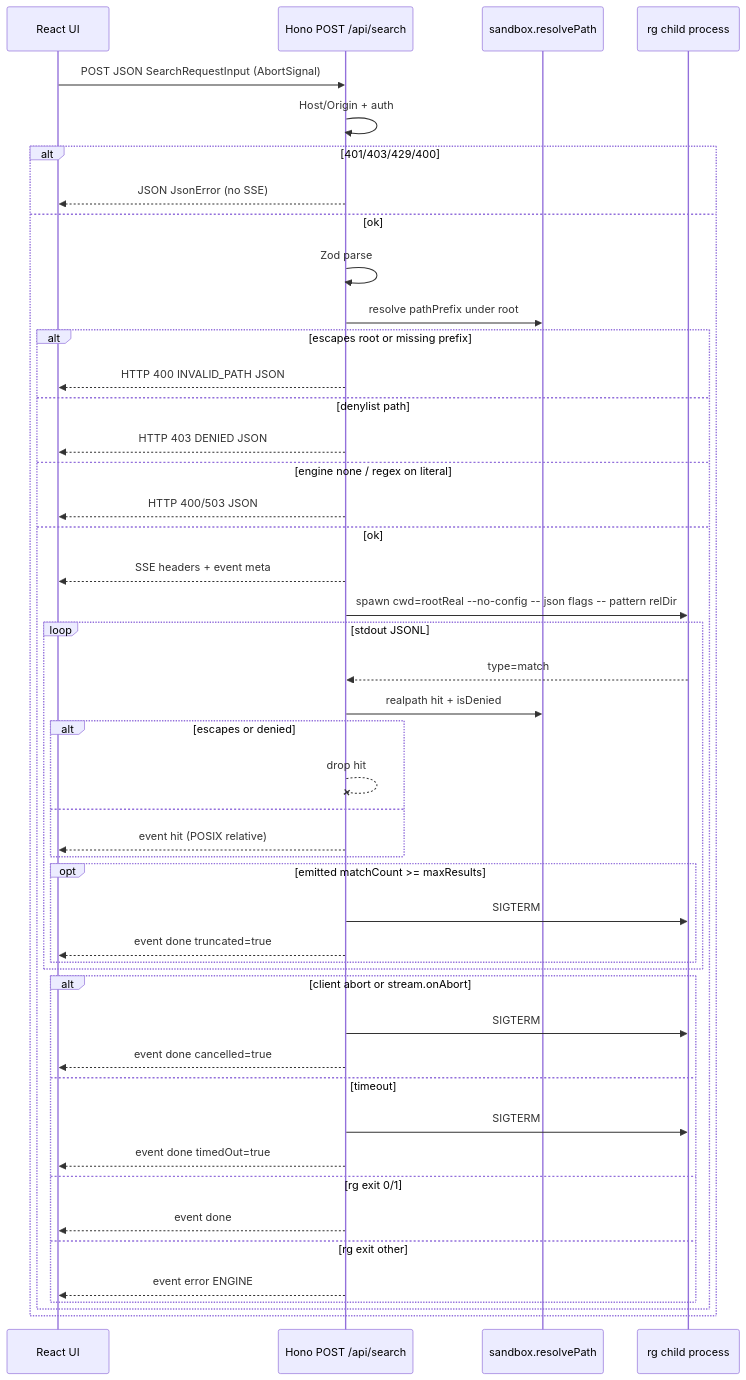
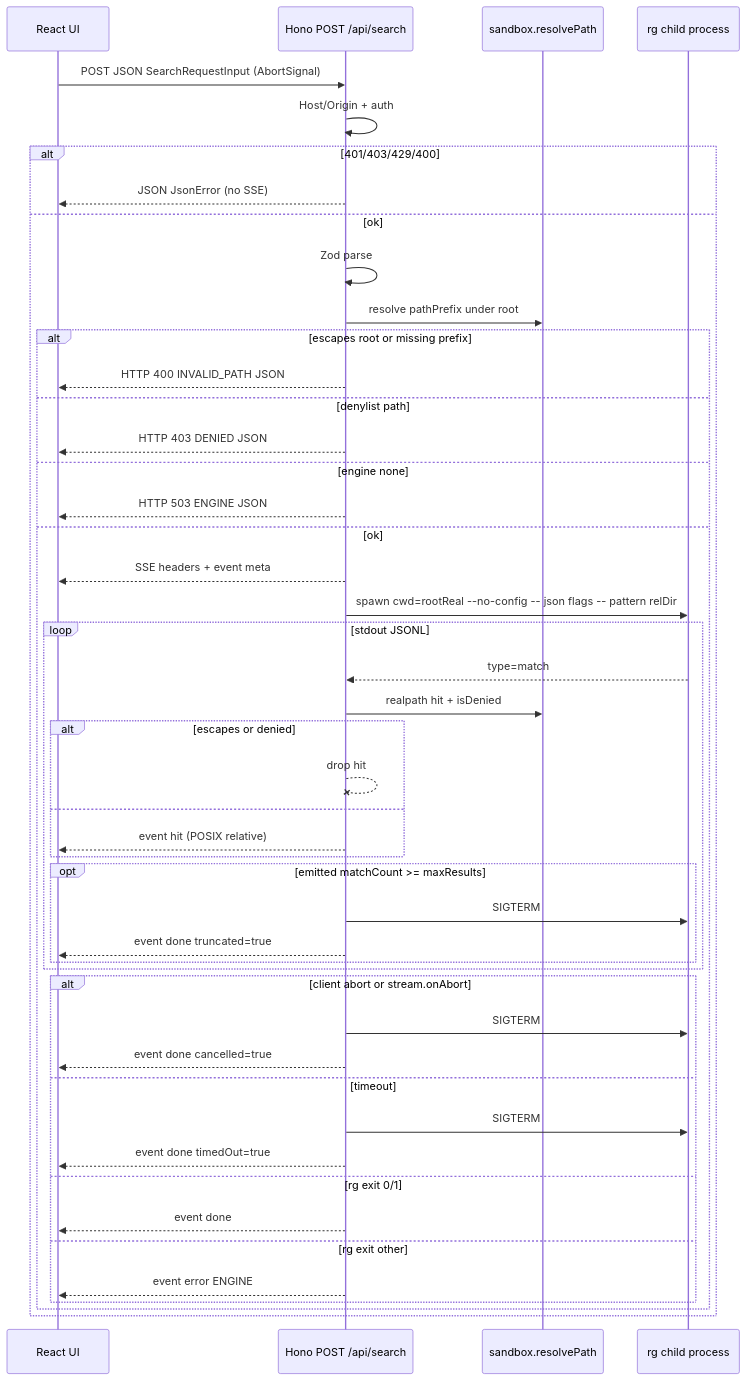
One commit to fun7257/web-grep changed the second of 4 diagrams in DESIGN.md. Above: the diagram before and after it, drawn with Mermaid. The commit also changed other lines of this file and 10 other files, not shown here.

````diff
--- a/DESIGN.md
+++ b/DESIGN.md
@@ -488,50 +487,50 @@
 ```mermaid
 sequenceDiagram
   participant UI as React UI
   participant API as Hono POST /api/search
   participant SB as sandbox.resolvePath
   participant RG as rg child process
 
   UI->>API: POST JSON SearchRequestInput (AbortSignal)
   API->>API: Host/Origin + auth
   alt 401/403/429/400
     API-->>UI: JSON JsonError (no SSE)
   else ok
     API->>API: Zod parse
     API->>SB: resolve pathPrefix under root
     alt escapes root or missing prefix
       API-->>UI: HTTP 400 INVALID_PATH JSON
     else denylist path
       API-->>UI: HTTP 403 DENIED JSON
-    else engine none / regex on literal
-      API-->>UI: HTTP 400/503 JSON
+    else engine none
+      API-->>UI: HTTP 503 ENGINE JSON
     else ok
       API-->>UI: SSE headers + event meta
       API->>RG: spawn cwd=rootReal --no-config -- json flags -- pattern relDir
       loop stdout JSONL
         RG-->>API: type=match
         API->>SB: realpath hit + isDenied
         alt escapes or denied
           API--xAPI: drop hit
         else
           API-->>UI: event hit (POSIX relative)
         end
         opt emitted matchCount >= maxResults
           API->>RG: SIGTERM
           API-->>UI: event done truncated=true
         end
       end
       alt client abort or stream.onAbort
         API->>RG: SIGTERM
         API-->>UI: event done cancelled=true
       else timeout
         API->>RG: SIGTERM
         API-->>UI: event done timedOut=true
       else rg exit 0/1
         API-->>UI: event done
       else rg exit other
         API-->>UI: event error ENGINE
       end
     end
   end
 ```
````
